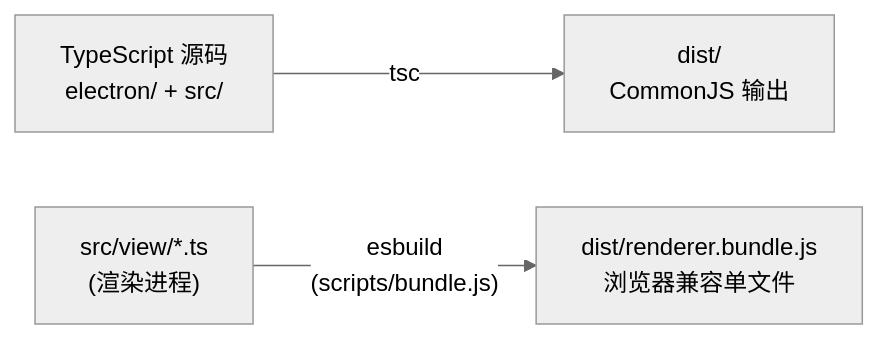
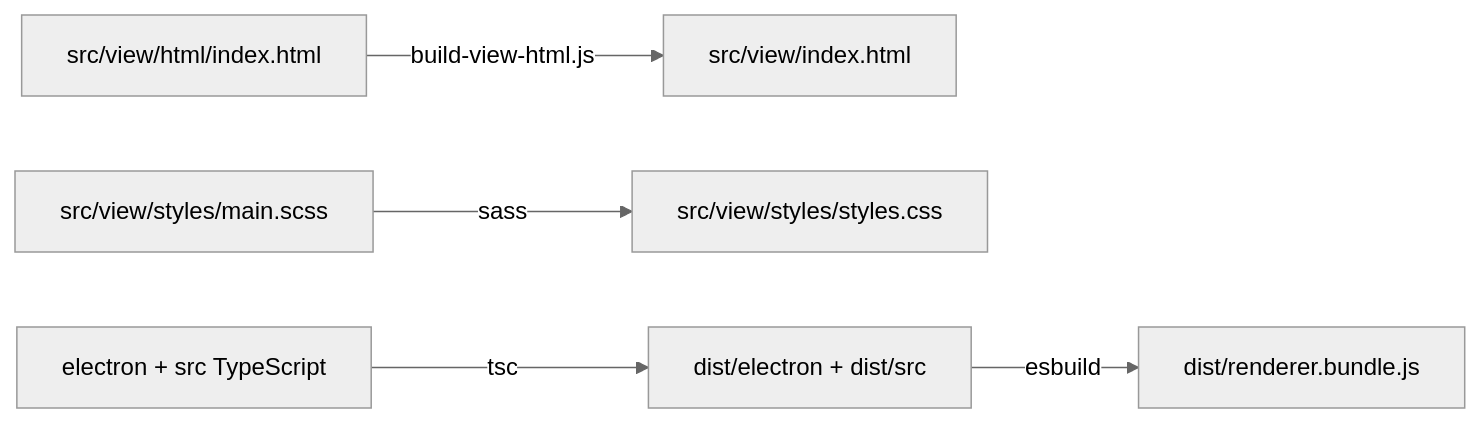
One commit to ShiinaKuroko/AutoWSGR-GUI changed the diagram in docs/architecture/08-dev-setup.md. Above: the diagram before and after it, drawn with Mermaid (neutral theme). The commit also changed other lines of this file and 36 other files, not shown here.

Commit message:
docs: align agent guidance and architecture references

````diff
--- a/docs/architecture/08-dev-setup.md
+++ b/docs/architecture/08-dev-setup.md
@@ -60,5 +37,7 @@
 ```mermaid
 flowchart LR
-  TS["TypeScript 源码<br/>electron/ + src/"] -->|"tsc"| JS["dist/<br/>CommonJS 输出"]
-  SRC["src/view/*.ts<br/>(渲染进程)"] -->|"esbuild<br/>(scripts/bundle.js)"| Bundle["dist/renderer.bundle.js<br/>浏览器兼容单文件"]
+  HTMLSrc["src/view/html/index.html"] -->|"build-view-html.js"| HTML["src/view/index.html"]
+  SCSS["src/view/styles/main.scss"] -->|"sass"| CSS["src/view/styles/styles.css"]
+  TS["electron + src TypeScript"] -->|"tsc"| Dist["dist/electron + dist/src"]
+  Dist -->|"esbuild"| Bundle["dist/renderer.bundle.js"]
 ```
````
